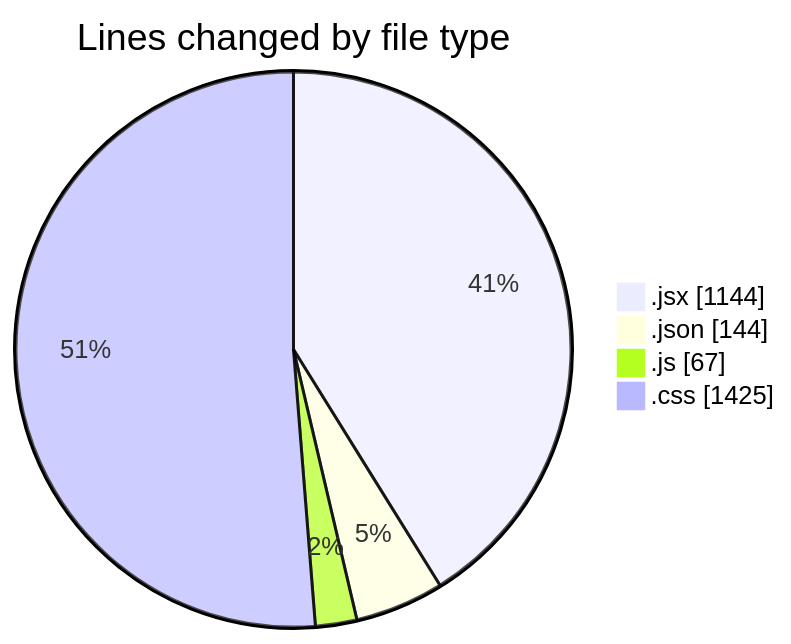
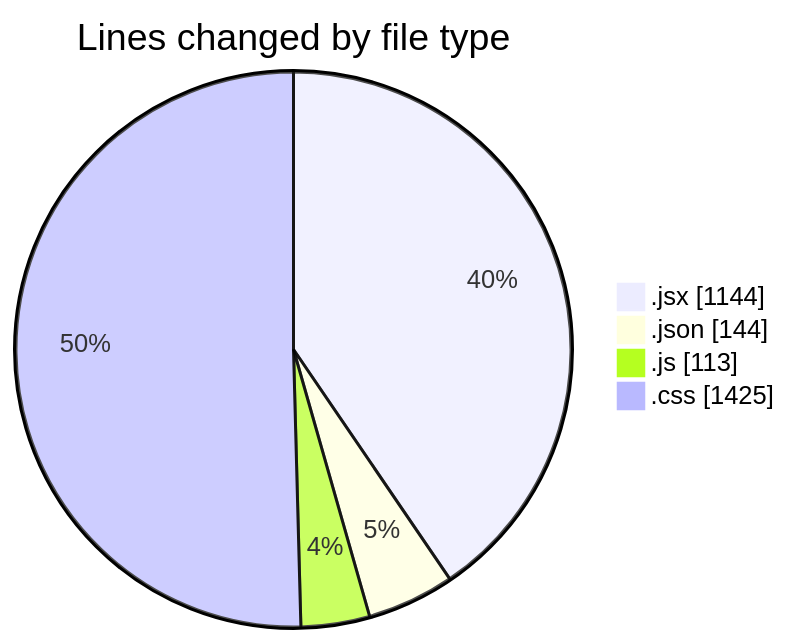
The first of 2 diagrams in 2025-05-04/project/README.md (BS-eng2023/code-tracking), drawn with Mermaid before and after one commit. The commit also changed other lines of this file and 1 other file, not shown here.

````diff
--- a/2025-05-04/project/README.md
+++ b/2025-05-04/project/README.md
@@ -35,8 +36,8 @@
 ```mermaid
 pie showData
 title Lines changed by file type
 ".jsx" : 1144
 ".json" : 144
-".js" : 67
+".js" : 113
 ".css" : 1425
 ```
````
